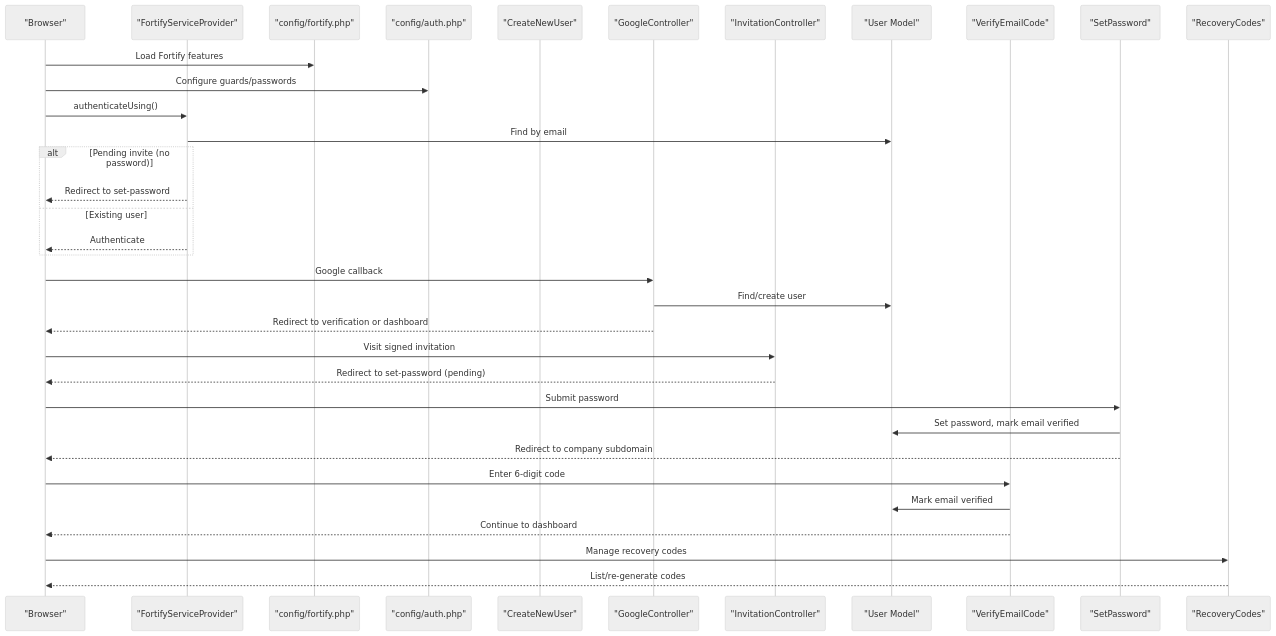
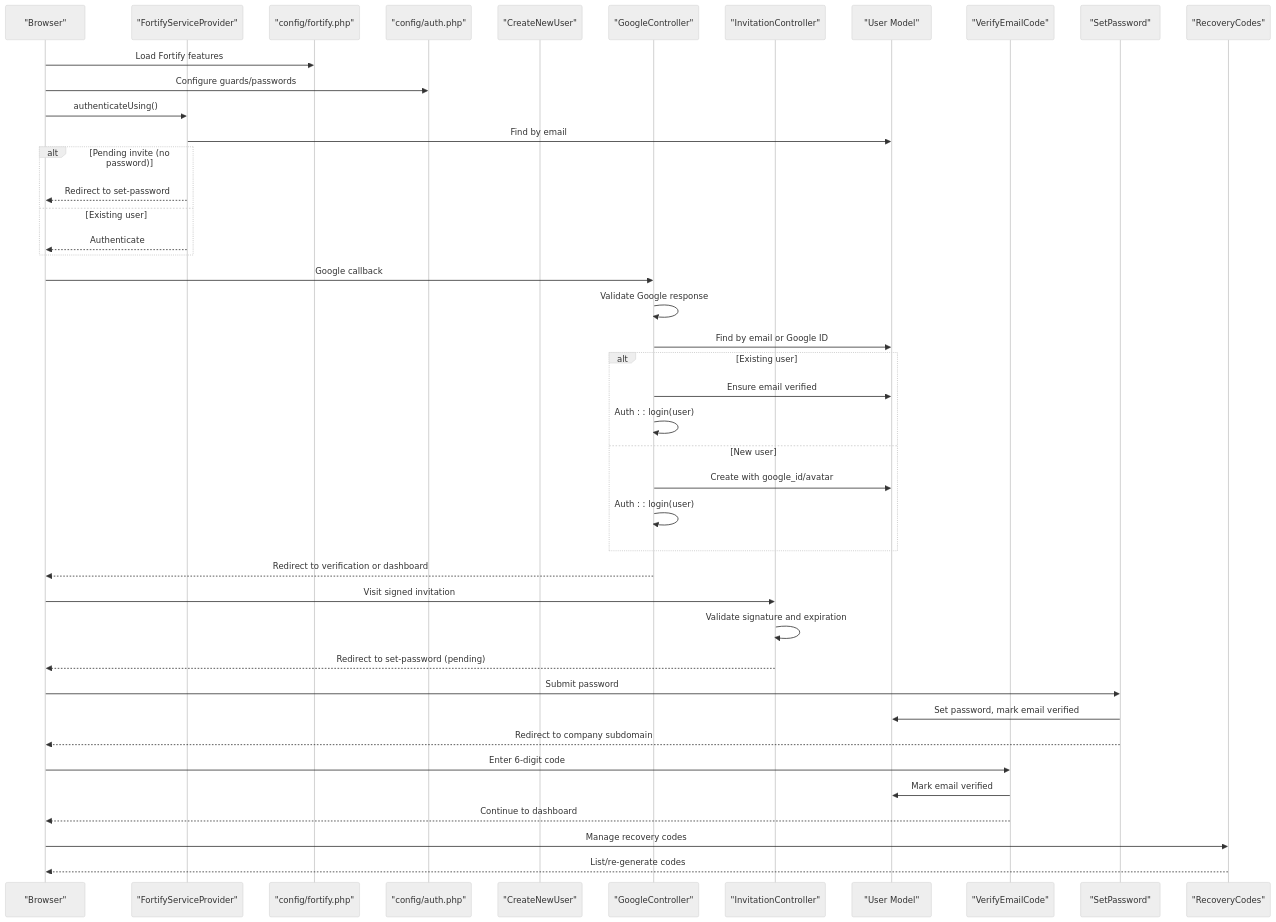
One commit to younesgamer68/helpdesk-system changed the second of 11 diagrams in .qoder/repowiki/en/content/Authentication & Authorization/Authentication & Authorization.md. Above: the diagram before and after it, drawn with Mermaid (neutral theme). The commit also changed other lines of this file and 12 other files, not shown here.

````diff
--- a/.qoder/repowiki/en/content/Authentication & Authorization/Authentication & Authorization.md
+++ b/.qoder/repowiki/en/content/Authentication & Authorization/Authentication & Authorization.md
@@ -166,36 +195,45 @@
 ```mermaid
 sequenceDiagram
 participant Client as "Browser"
 participant Fortify as "FortifyServiceProvider"
 participant Config as "config/fortify.php"
 participant AuthCfg as "config/auth.php"
 participant Reg as "CreateNewUser"
 participant OAuth as "GoogleController"
 participant Inv as "InvitationController"
 participant User as "User Model"
 participant Verify as "VerifyEmailCode"
 participant SetPwd as "SetPassword"
 participant TF as "RecoveryCodes"
 Client->>Config : Load Fortify features
 Client->>AuthCfg : Configure guards/passwords
 Client->>Fortify : authenticateUsing()
 Fortify->>User : Find by email
 alt Pending invite (no password)
 Fortify-->>Client : Redirect to set-password
 else Existing user
 Fortify-->>Client : Authenticate
 end
 Client->>OAuth : Google callback
-OAuth->>User : Find/create user
+OAuth->>OAuth : Validate Google response
+OAuth->>User : Find by email or Google ID
+alt Existing user
+OAuth->>User : Ensure email verified
+OAuth->>OAuth : Auth : : login(user)
+else New user
+OAuth->>User : Create with google_id/avatar
+OAuth->>OAuth : Auth : : login(user)
+end
 OAuth-->>Client : Redirect to verification or dashboard
 Client->>Inv : Visit signed invitation
+Inv->>Inv : Validate signature and expiration
 Inv-->>Client : Redirect to set-password (pending)
 Client->>SetPwd : Submit password
 SetPwd->>User : Set password, mark email verified
 SetPwd-->>Client : Redirect to company subdomain
 Client->>Verify : Enter 6-digit code
 Verify->>User : Mark email verified
 Verify-->>Client : Continue to dashboard
 Client->>TF : Manage recovery codes
 TF-->>Client : List/re-generate codes
 ```
````
